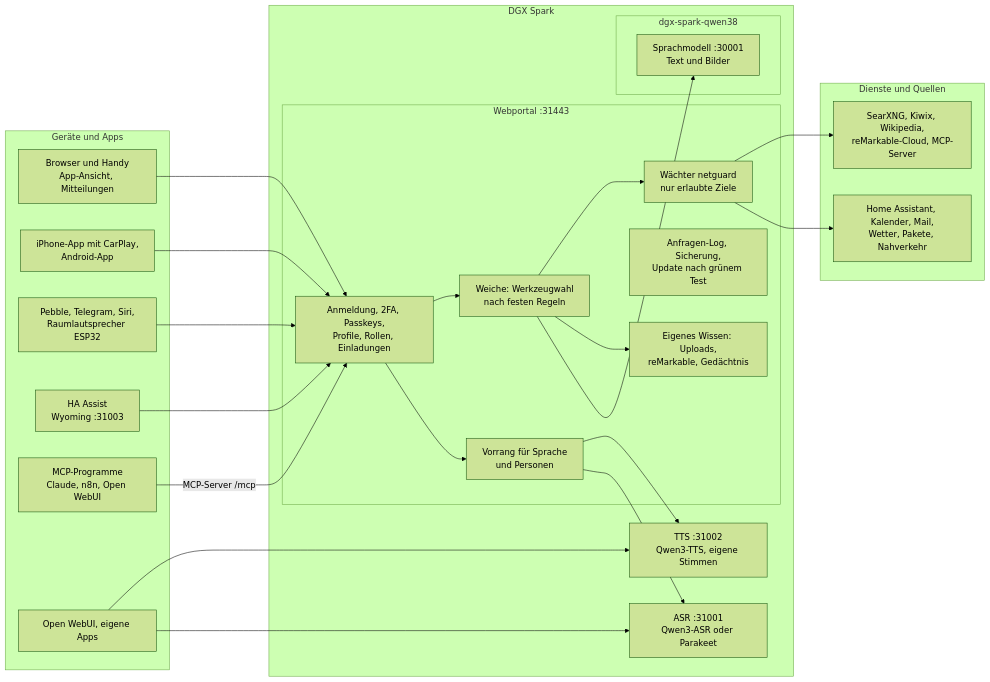
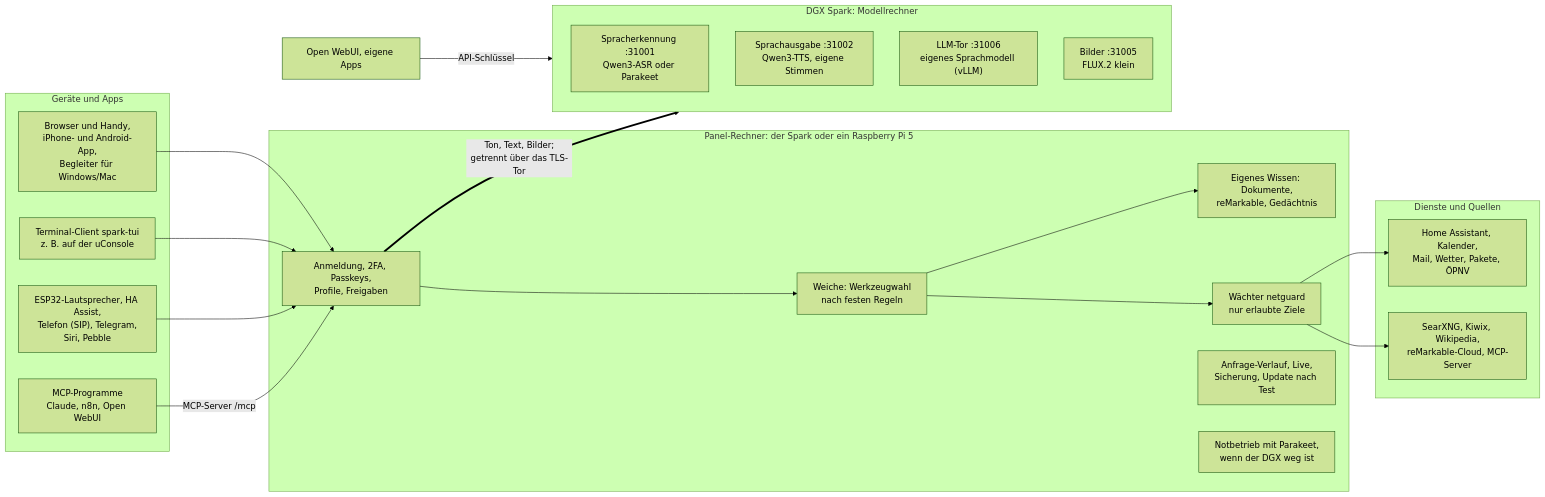
Before and after one commit to db9979/speech-on-dgx-spark: the diagram in README.de.md, drawn with Mermaid (forest theme). The commit also changed other lines of this file and 9 other files, not shown here.

First line of the commit message:
V01.0.667 README: new diagram with panel computer and model computer, own language model, three screenshots

````diff
--- a/README.de.md
+++ b/README.de.md
@@ -52,46 +58,39 @@
 ```mermaid
 flowchart LR
   subgraph Clients["Geräte und Apps"]
-    B["Browser und Handy<br/>App-Ansicht, Mitteilungen"]
-    APP["iPhone-App mit CarPlay,<br/>Android-App"]
-    X["Pebble, Telegram, Siri,<br/>Raumlautsprecher ESP32"]
-    W["HA Assist<br/>Wyoming :31003"]
+    B["Browser und Handy,<br/>iPhone- und Android-App,<br/>Begleiter für Windows/Mac"]
+    T["Terminal-Client spark-tui<br/>z. B. auf der uConsole"]
+    X["ESP32-Lautsprecher, HA Assist,<br/>Telefon (SIP), Telegram,<br/>Siri, Pebble"]
     M["MCP-Programme<br/>Claude, n8n, Open WebUI"]
-    A["Open WebUI, eigene Apps"]
   end
-  subgraph Spark["DGX Spark"]
-    subgraph P["Webportal :31443"]
-      G["Anmeldung, 2FA, Passkeys,<br/>Profile, Rollen, Einladungen"]
-      R["Weiche: Werkzeugwahl<br/>nach festen Regeln"]
-      V["Vorrang für Sprache<br/>und Personen"]
-      K["Eigenes Wissen: Uploads,<br/>reMarkable, Gedächtnis"]
-      LOG["Anfragen-Log, Sicherung,<br/>Update nach grünem Test"]
-      S["Wächter netguard<br/>nur erlaubte Ziele"]
-    end
-    ASR["ASR :31001<br/>Qwen3-ASR oder Parakeet"]
-    TTS["TTS :31002<br/>Qwen3-TTS, eigene Stimmen"]
-    subgraph Q38["dgx-spark-qwen38"]
-      LLM["Sprachmodell :30001<br/>Text und Bilder"]
-    end
+  subgraph Panel["Panel-Rechner: der Spark oder ein Raspberry Pi 5"]
+    G["Anmeldung, 2FA, Passkeys,<br/>Profile, Freigaben"]
+    R["Weiche: Werkzeugwahl<br/>nach festen Regeln"]
+    K["Eigenes Wissen: Dokumente,<br/>reMarkable, Gedächtnis"]
+    S["Wächter netguard<br/>nur erlaubte Ziele"]
+    LOG["Anfrage-Verlauf, Live,<br/>Sicherung, Update nach Test"]
+    NB["Notbetrieb mit Parakeet,<br/>wenn der DGX weg ist"]
+  end
+  subgraph Spark["DGX Spark: Modellrechner"]
+    ASR["Spracherkennung :31001<br/>Qwen3-ASR oder Parakeet"]
+    TTS["Sprachausgabe :31002<br/>Qwen3-TTS, eigene Stimmen"]
+    LLM["LLM-Tor :31006<br/>eigenes Sprachmodell (vLLM)"]
+    IMG["Bilder :31005<br/>FLUX.2 klein"]
   end
   subgraph Out["Dienste und Quellen"]
-    E["Home Assistant, Kalender, Mail,<br/>Wetter, Pakete, Nahverkehr"]
+    E["Home Assistant, Kalender,<br/>Mail, Wetter, Pakete, ÖPNV"]
     Q["SearXNG, Kiwix, Wikipedia,<br/>reMarkable-Cloud, MCP-Server"]
   end
+  A["Open WebUI, eigene Apps"]
   B --> G
-  APP --> G
+  T --> G
   X --> G
-  W --> G
   M -->|"MCP-Server /mcp"| G
-  A --> ASR
-  A --> TTS
-  G --> V
   G --> R
-  V --> ASR
-  V --> TTS
-  R --> LLM
   R --> K
   R --> S
   S --> E
   S --> Q
+  G ==>|"Ton, Text, Bilder;<br/>getrennt über das TLS-Tor"| Spark
+  A -->|"API-Schlüssel"| Spark
 ```
````
